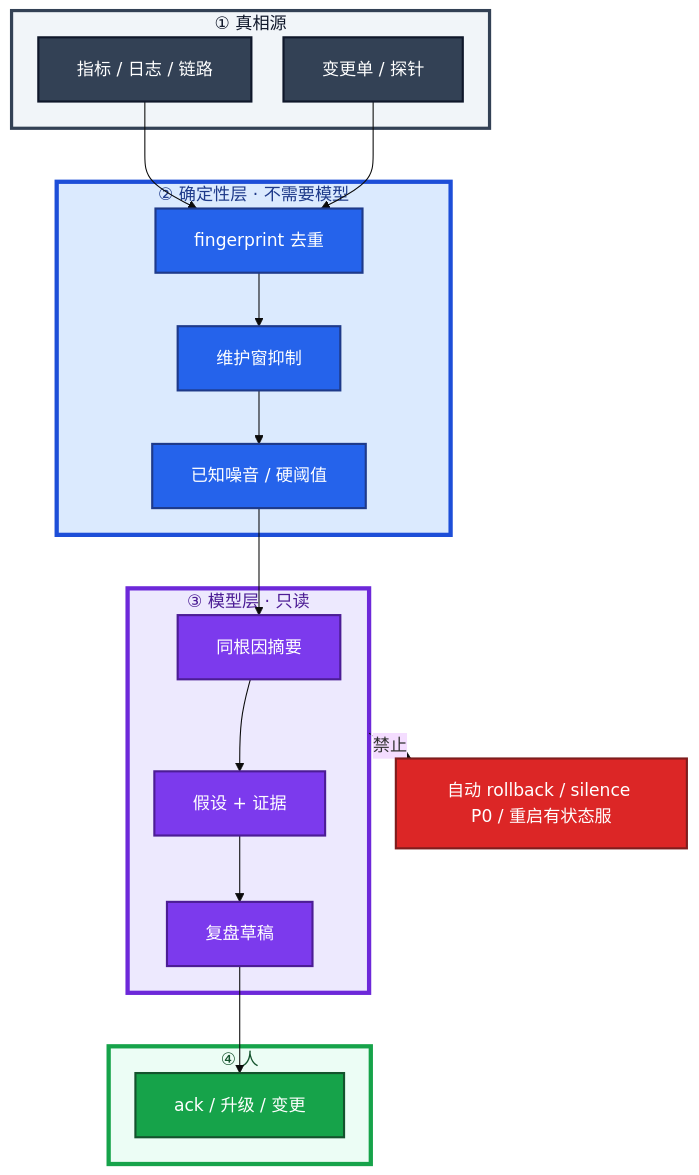
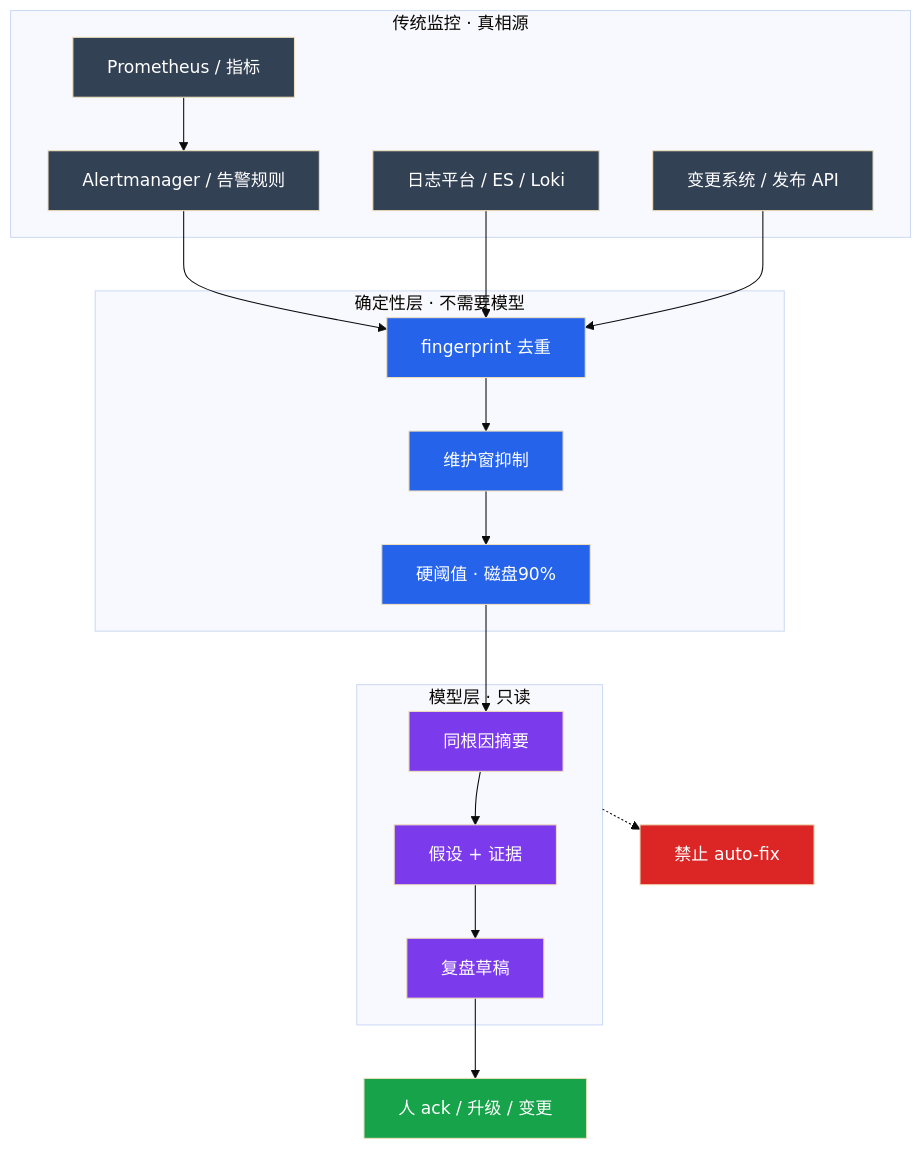
One commit to ml-cuizijun/LearnToLilith changed the first of 4 diagrams in 09-AI与智能运维/09-AIOps落地/知识点.md. Above: the diagram before and after it, drawn with Mermaid. The commit also changed other lines of this file and 213 other files, not shown here.

````diff
--- a/09-AI与智能运维/09-AIOps落地/知识点.md
+++ b/09-AI与智能运维/09-AIOps落地/知识点.md
@@ -70,46 +43,42 @@
 ```mermaid
-%%{init: {"flowchart": {"padding": 18, "nodeSpacing": 30, "rankSpacing": 50}, "theme": "base"}}%%
+%%{init: {"theme": "base", "flowchart": {"padding": 16}}}%%
 flowchart TB
-    subgraph src ["① 真相源"]
-        m[指标 / 日志 / 链路]
-        ch[变更单 / 探针]
+    classDef src fill:#334155,color:#fff
+    classDef det fill:#2563EB,color:#fff
+    classDef llm fill:#7C3AED,color:#fff
+    classDef human fill:#16A34A,color:#fff
+    classDef bad fill:#DC2626,color:#fff
+
+    subgraph traditional ["传统监控 · 真相源"]
+        PROM["Prometheus / 指标"]
+        AM["Alertmanager / 告警规则"]
+        LOG["日志平台 / ES / Loki"]
+        CHG["变更系统 / 发布 API"]
     end
 
-    subgraph det ["② 确定性层 · 不需要模型"]
-        fp[fingerprint 去重]
-        mw[维护窗抑制]
-        nz[已知噪音 / 硬阈值]
+    subgraph det_layer ["确定性层 · 不需要模型"]
+        FP["fingerprint 去重"]
+        MW["维护窗抑制"]
+        TH["硬阈值 · 磁盘90%"]
     end
 
-    subgraph llm ["③ 模型层 · 只读"]
-        sum[同根因摘要]
-        rca[假设 + 证据]
-        draft[复盘草稿]
+    subgraph ai_layer ["模型层 · 只读"]
+        SUM["同根因摘要"]
+        RCA["假设 + 证据"]
+        DRAFT["复盘草稿"]
     end
 
-    subgraph human ["④ 人"]
-        ack[ack / 升级 / 变更]
-    end
+    HUMAN["人 ack / 升级 / 变更"]:::human
+    DENY["禁止 auto-fix"]:::bad
 
-    m --> fp
-    ch --> fp
-    fp --> mw --> nz --> sum
-    sum --> rca --> draft --> ack
-    llm -.->|禁止| x["自动 rollback / silence P0 / 重启有状态服"]
+    PROM --> AM --> FP
+    LOG --> FP
+    CHG --> FP
+    FP --> MW --> TH --> SUM
+    SUM --> RCA --> DRAFT --> HUMAN
+    ai_layer -.-> DENY
 
-    classDef s fill:#334155,stroke:#0F172A,stroke-width:2px,color:#fff
-    classDef d fill:#2563EB,stroke:#1E3A8A,stroke-width:2px,color:#fff
-    classDef l fill:#7C3AED,stroke:#4C1D95,stroke-width:2px,color:#fff
-    classDef h fill:#16A34A,stroke:#14532D,stroke-width:2px,color:#fff
-    classDef bad fill:#DC2626,stroke:#7F1D1D,stroke-width:2px,color:#fff
-    class m,ch s
-    class fp,mw,nz d
-    class sum,rca,draft l
-    class ack h
-    class x bad
-
-    style src fill:#F1F5F9,stroke:#334155,stroke-width:3px,color:#0F172A
-    style det fill:#DBEAFE,stroke:#1D4ED8,stroke-width:4px,color:#1E3A8A
-    style llm fill:#EDE9FE,stroke:#6D28D9,stroke-width:4px,color:#4C1D95
-    style human fill:#ECFDF5,stroke:#16A34A,stroke-width:4px,color:#14532D
+    class PROM,AM,LOG,CHG src
+    class FP,MW,TH det
+    class SUM,RCA,DRAFT llm
 ```
````
